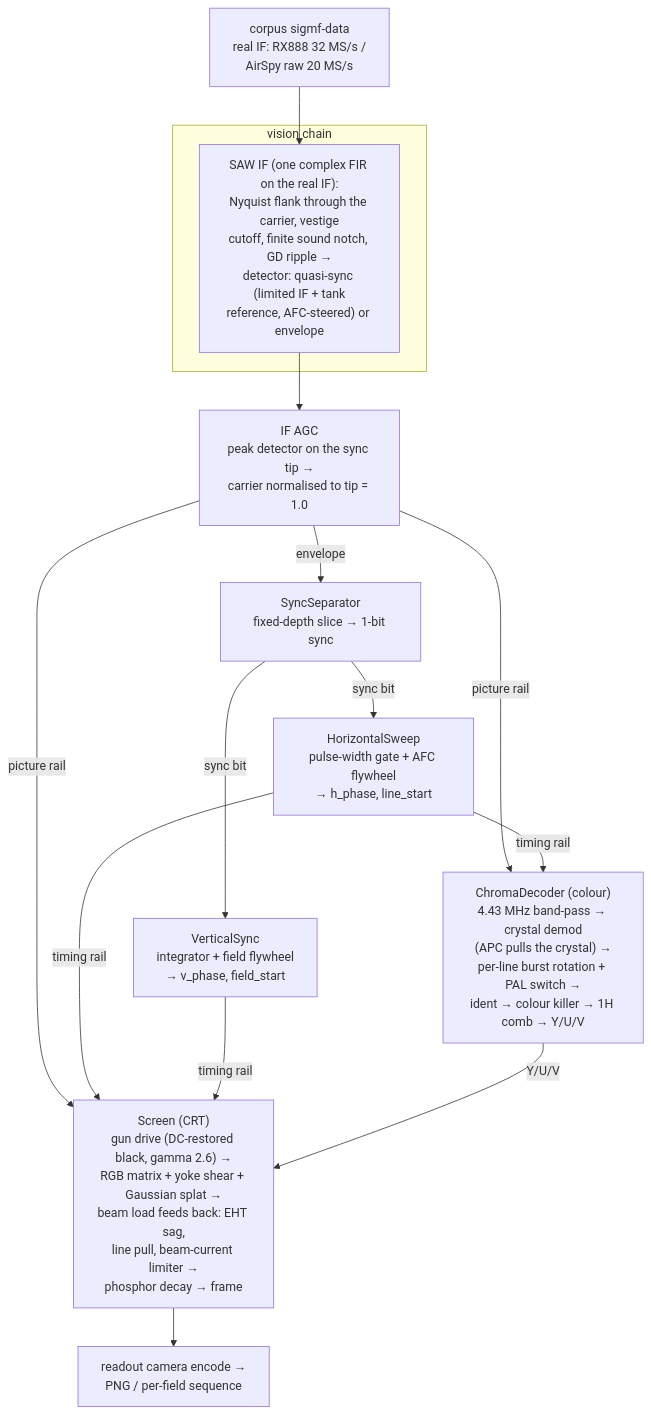
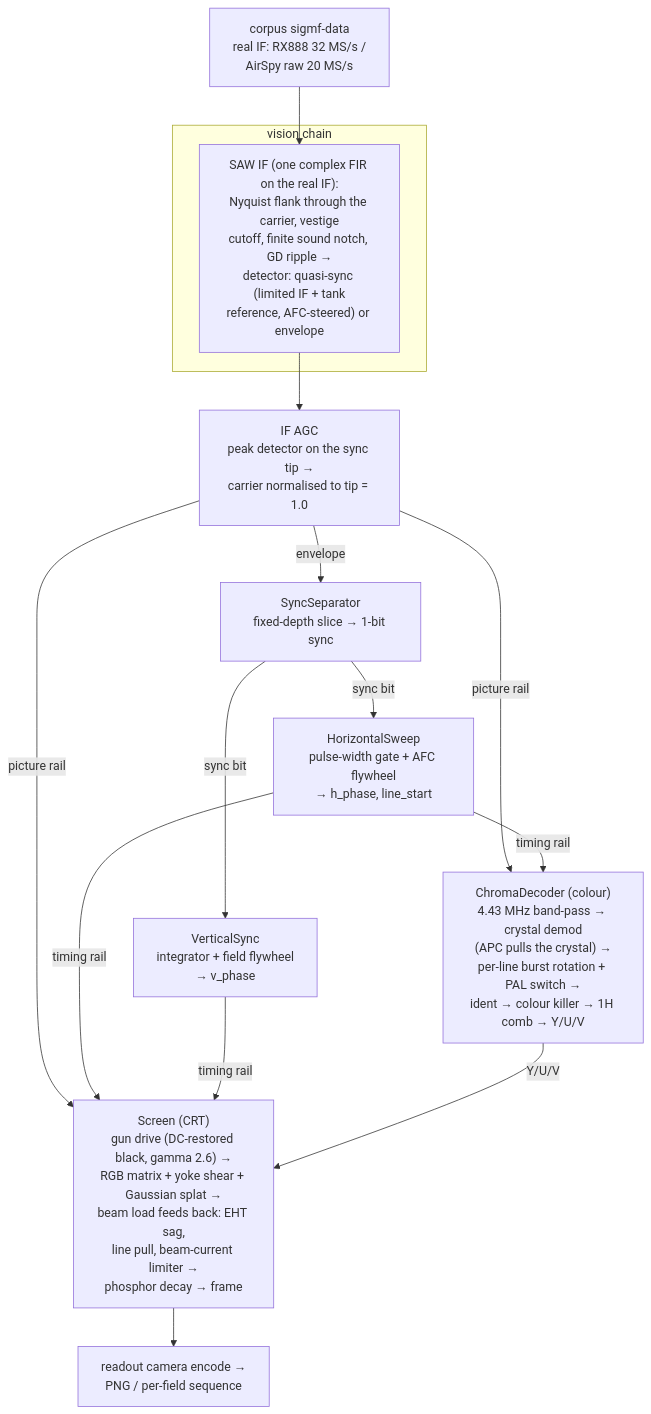
The diagram in README.md (mattgodbolt/PALindrome), drawn with Mermaid before and after one commit. The commit also changed 7 other files, not shown here.

````diff
--- a/README.md
+++ b/README.md
@@ -38,20 +38,20 @@
 ```mermaid
 flowchart TD
     SIGMF["corpus sigmf-data<br/>real IF: RX888 32 MS/s /<br/>AirSpy raw 20 MS/s"] --> VIS
 
     subgraph vis["vision chain"]
       VIS["SAW IF (one complex FIR on the real IF):<br/>Nyquist flank through the carrier, vestige<br/>cutoff, finite sound notch, GD ripple →<br/>detector: quasi-sync (limited IF + tank<br/>reference, AFC-steered) or envelope"]
     end
 
     VIS --> AGC["IF AGC<br/>peak detector on the sync tip →<br/>carrier normalised to tip = 1.0"]
     AGC -->|envelope| SEP["SyncSeparator<br/>fixed-depth slice → 1-bit sync"]
     AGC -->|picture rail| SCR
     AGC -->|picture rail| CH["ChromaDecoder (colour)<br/>4.43 MHz band-pass → crystal demod<br/>(APC pulls the crystal) →<br/>per-line burst rotation + PAL switch →<br/>ident → colour killer → 1H comb → Y/U/V"]
     SEP -->|sync bit| HS["HorizontalSweep<br/>pulse-width gate + AFC flywheel<br/>→ h_phase, line_start"]
-    SEP -->|sync bit| VS["VerticalSync<br/>integrator + field flywheel<br/>→ v_phase, field_start"]
+    SEP -->|sync bit| VS["VerticalSync<br/>integrator + field flywheel<br/>→ v_phase"]
     HS -->|timing rail| CH
     HS -->|timing rail| SCR["Screen (CRT)<br/>gun drive (DC-restored black, gamma 2.6) →<br/>RGB matrix + yoke shear + Gaussian splat →<br/>beam load feeds back: EHT sag,<br/>line pull, beam-current limiter →<br/>phosphor decay → frame"]
     VS -->|timing rail| SCR
     CH -->|Y/U/V| SCR
     SCR --> PNG["readout camera encode →<br/>PNG / per-field sequence"]
 ```
````
